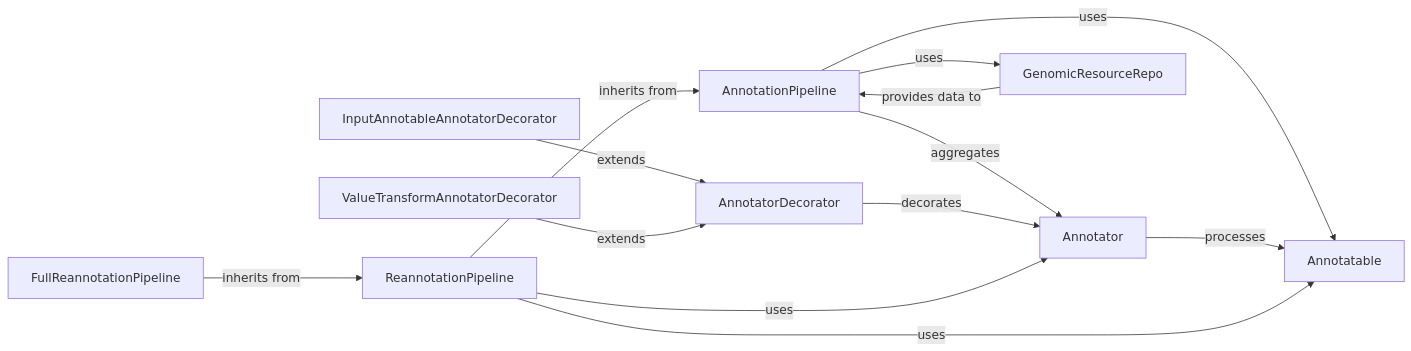
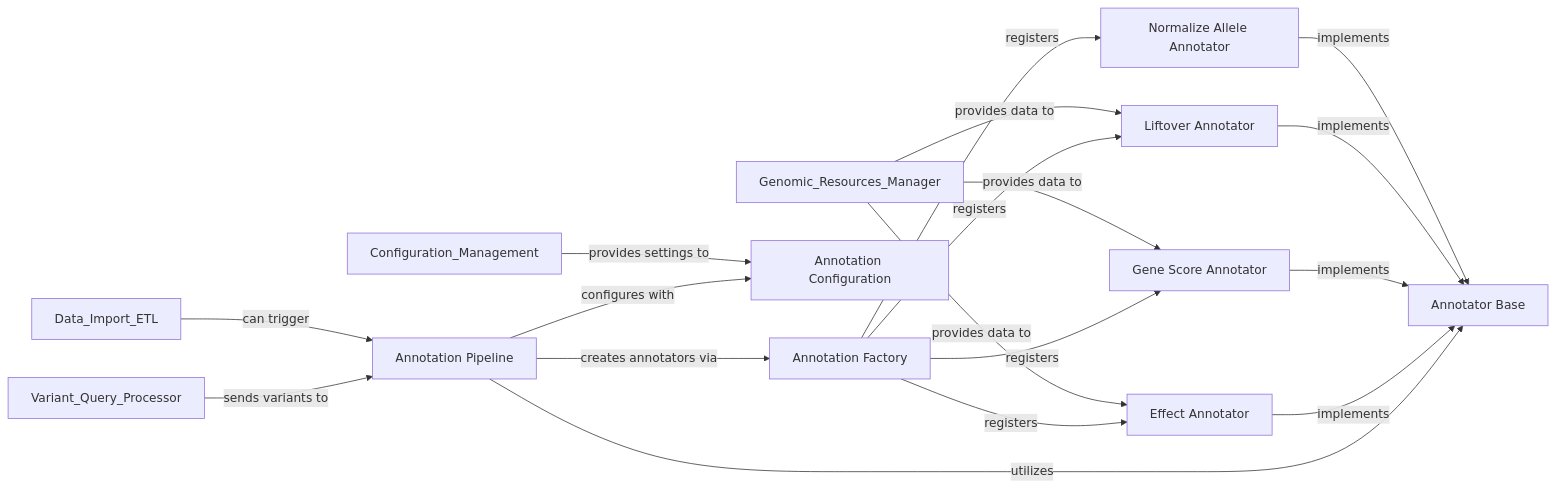
One commit to CodeBoarding/GeneratedOnBoardings changed the diagram in gpf/Annotation_Pipeline.md. Above: the diagram before and after it, drawn with Mermaid. The commit also changed other lines of this file and 74 other files, not shown here.

````diff
--- a/gpf/Annotation_Pipeline.md
+++ b/gpf/Annotation_Pipeline.md
@@ -1,24 +1,29 @@
 ```mermaid
 graph LR
-    AnnotationPipeline["AnnotationPipeline"]
-    Annotator["Annotator"]
-    Annotatable["Annotatable"]
-    ReannotationPipeline["ReannotationPipeline"]
-    FullReannotationPipeline["FullReannotationPipeline"]
-    AnnotatorDecorator["AnnotatorDecorator"]
-    InputAnnotableAnnotatorDecorator["InputAnnotableAnnotatorDecorator"]
-    ValueTransformAnnotatorDecorator["ValueTransformAnnotatorDecorator"]
-    GenomicResourceRepo["GenomicResourceRepo"]
-    AnnotationPipeline -- "aggregates" --> Annotator
-    AnnotationPipeline -- "uses" --> Annotatable
-    AnnotationPipeline -- "uses" --> GenomicResourceRepo
-    Annotator -- "processes" --> Annotatable
-    AnnotatorDecorator -- "decorates" --> Annotator
-    InputAnnotableAnnotatorDecorator -- "extends" --> AnnotatorDecorator
-    ValueTransformAnnotatorDecorator -- "extends" --> AnnotatorDecorator
-    ReannotationPipeline -- "inherits from" --> AnnotationPipeline
-    ReannotationPipeline -- "uses" --> Annotator
-    ReannotationPipeline -- "uses" --> Annotatable
-    FullReannotationPipeline -- "inherits from" --> ReannotationPipeline
-    GenomicResourceRepo -- "provides data to" --> AnnotationPipeline
+    Annotation_Pipeline["Annotation Pipeline"]
+    Annotator_Base["Annotator Base"]
+    Annotation_Factory["Annotation Factory"]
+    Annotation_Configuration["Annotation Configuration"]
+    Effect_Annotator["Effect Annotator"]
+    Gene_Score_Annotator["Gene Score Annotator"]
+    Liftover_Annotator["Liftover Annotator"]
+    Normalize_Allele_Annotator["Normalize Allele Annotator"]
+    Annotation_Pipeline -- "utilizes" --> Annotator_Base
+    Annotation_Pipeline -- "configures with" --> Annotation_Configuration
+    Annotation_Pipeline -- "creates annotators via" --> Annotation_Factory
+    Annotation_Factory -- "registers" --> Effect_Annotator
+    Annotation_Factory -- "registers" --> Gene_Score_Annotator
+    Annotation_Factory -- "registers" --> Liftover_Annotator
+    Annotation_Factory -- "registers" --> Normalize_Allele_Annotator
+    Effect_Annotator -- "implements" --> Annotator_Base
+    Gene_Score_Annotator -- "implements" --> Annotator_Base
+    Liftover_Annotator -- "implements" --> Annotator_Base
+    Normalize_Allele_Annotator -- "implements" --> Annotator_Base
+    Genomic_Resources_Manager -- "provides data to" --> Effect_Annotator
+    Genomic_Resources_Manager -- "provides data to" --> Gene_Score_Annotator
+    Genomic_Resources_Manager -- "provides data to" --> Liftover_Annotator
+    Configuration_Management -- "provides settings to" --> Annotation_Configuration
+    Variant_Query_Processor -- "sends variants to" --> Annotation_Pipeline
+    Data_Import_ETL -- "can trigger" --> Annotation_Pipeline
+    click Annotation_Pipeline href "https://github.com/CodeBoarding/GeneratedOnBoardings/blob/main/gpf/Annotation_Pipeline.md" "Details"
 ```
````
